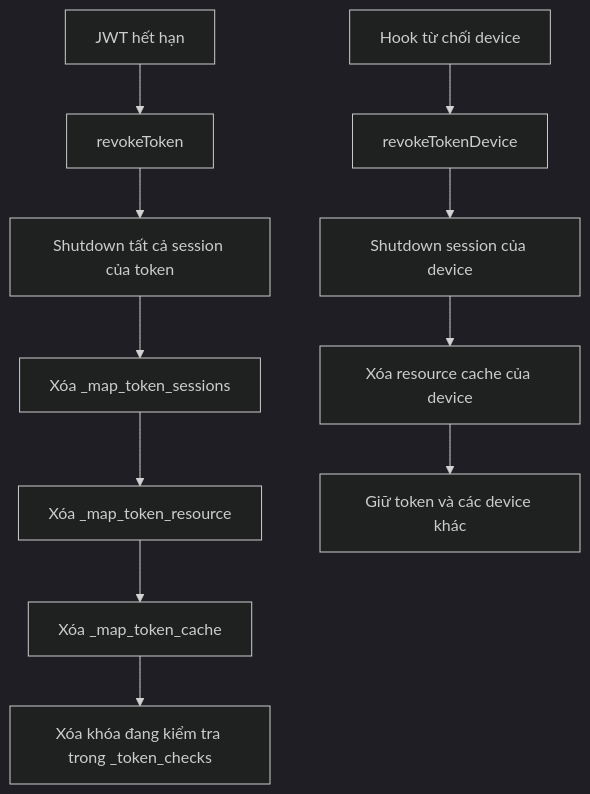
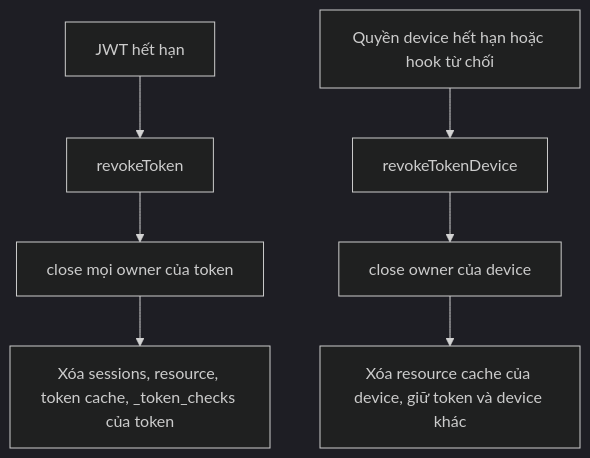
One commit to lightingbro46/S3MediaKit changed the third of 3 diagrams in docs/user-author-manager-flow.md. Above: the diagram before and after it, drawn with Mermaid (dark theme). The commit also changed other lines of this file and 11 other files, not shown here.

````diff
--- a/docs/user-author-manager-flow.md
+++ b/docs/user-author-manager-flow.md
@@ -80,13 +105,9 @@
 ```mermaid
 flowchart TD
     A[JWT hết hạn] --> B[revokeToken]
-    B --> C[Shutdown tất cả session của token]
-    C --> D[Xóa _map_token_sessions]
-    D --> E[Xóa _map_token_resource]
-    E --> F[Xóa _map_token_cache]
-    F --> G[Xóa khóa đang kiểm tra trong _token_checks]
-    H[Hook từ chối device] --> I[revokeTokenDevice]
-    I --> J[Shutdown session của device]
-    J --> K[Xóa resource cache của device]
-    K --> L[Giữ token và các device khác]
+    B --> C[close mọi owner của token]
+    C --> D[Xóa sessions, resource, token cache, _token_checks của token]
+    H[Quyền device hết hạn hoặc hook từ chối] --> I[revokeTokenDevice]
+    I --> J[close owner của device]
+    J --> K[Xóa resource cache của device, giữ token và device khác]
 ```
````
